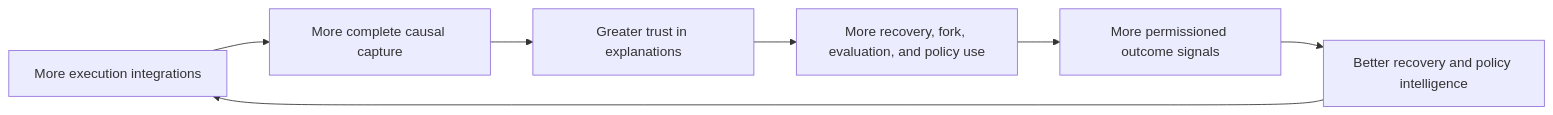
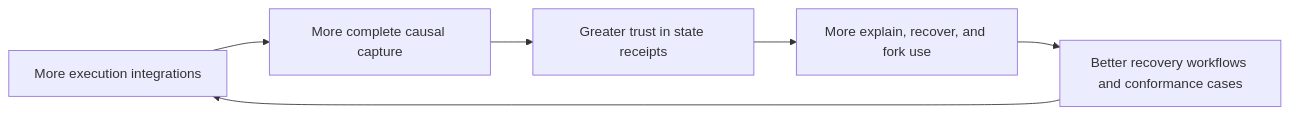
Before and after one commit to surrealdb-dev/surrealfs: the third of 4 diagrams in PITCH.md, drawn with Mermaid. The commit also changed other lines of this file, not shown here.

````diff
--- a/PITCH.md
+++ b/PITCH.md
@@ -137,9 +197,8 @@
 ```mermaid
 flowchart LR
     I["More execution integrations"] --> C["More complete causal capture"]
-    C --> T["Greater trust in explanations"]
-    T --> W["More recovery, fork, evaluation, and policy use"]
-    W --> O["More permissioned outcome signals"]
-    O --> R["Better recovery and policy intelligence"]
+    C --> T["Greater trust in state receipts"]
+    T --> W["More explain, recover, and fork use"]
+    W --> R["Better recovery workflows and conformance cases"]
     R --> I
 ```
````
